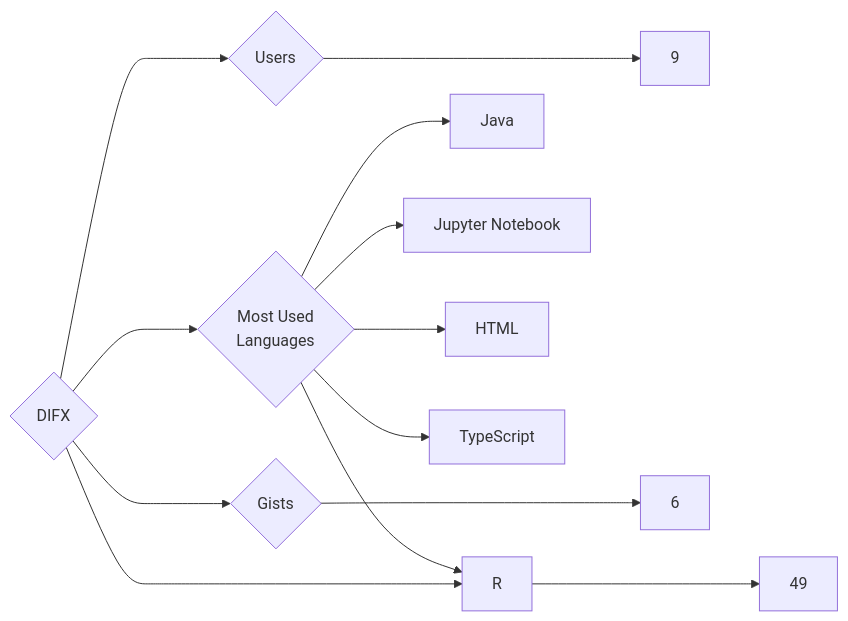
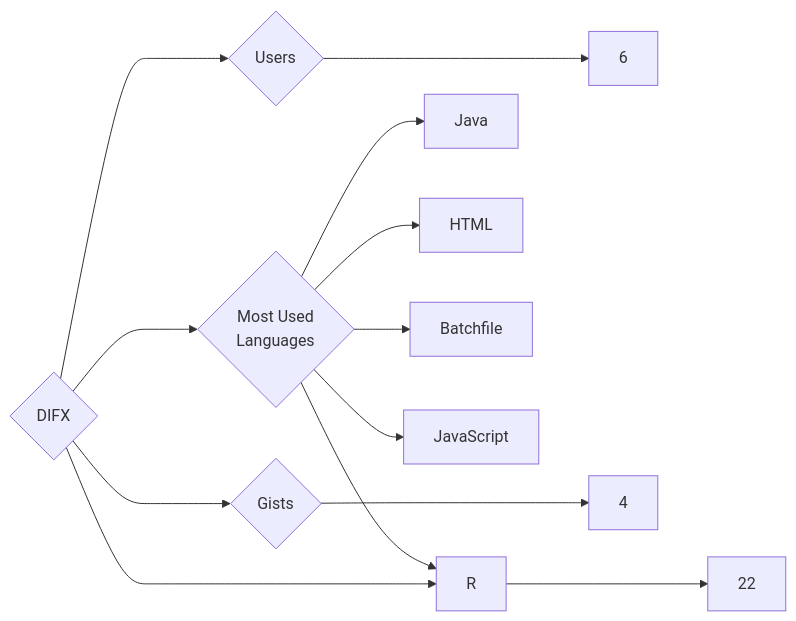
The diagram in targets/DIFX/README.md (trickest/insiders), drawn with Mermaid before and after one commit. The commit also changed 1141 other files, not shown here.

````diff
--- a/targets/DIFX/README.md
+++ b/targets/DIFX/README.md
@@ -3,13 +3,13 @@
 ```mermaid
 graph LR
 COMPANY_NAME{DIFX}
-COMPANY_NAME ---> U{Users} ---> UN[9]
-COMPANY_NAME ---> R{Repositories} ---> RN[49]
-COMPANY_NAME ---> G{Gists} ---> GN[6]
+COMPANY_NAME ---> U{Users} ---> UN[6]
+COMPANY_NAME ---> R{Repositories} ---> RN[22]
+COMPANY_NAME ---> G{Gists} ---> GN[4]
 COMPANY_NAME ---> ML{Most Used<br>Languages}
 ML --> Java[Java]
-ML --> Jupyter_Notebook[Jupyter Notebook]
+ML --> R[R]
 ML --> HTML[HTML]
-ML --> TypeScript[TypeScript]
-ML --> R[R]
+ML --> Batchfile[Batchfile]
+ML --> JavaScript[JavaScript]
 ```
````
